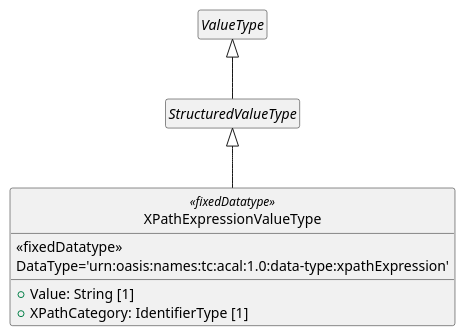
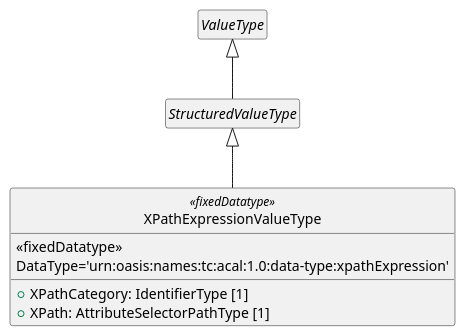
One commit to oasis-tcs/xacml-spec changed the sixth of 6 diagrams in acal-v1.0-xpath.md. Above: the diagram before and after it, drawn with PlantUML. The commit also changed other lines of this file and 24 other files, not shown here.

````diff
--- a/acal-v1.0-xpath.md
+++ b/acal-v1.0-xpath.md
@@ -501,16 +635,16 @@
 ```plantuml
 @startuml
 hide empty members
 hide circle
 
 abstract class ValueType
 abstract class StructuredValueType extends ValueType
 class XPathExpressionValueType <<fixedDatatype>> extends StructuredValueType {
     <<fixedDatatype>>
     DataType='urn:oasis:names:tc:acal:1.0:data-type:xpathExpression'
     __
-    + Value: String [1]
     + XPathCategory: IdentifierType [1]
+    + XPath: AttributeSelectorPathType [1]
 }
 @enduml 
 ```
````
